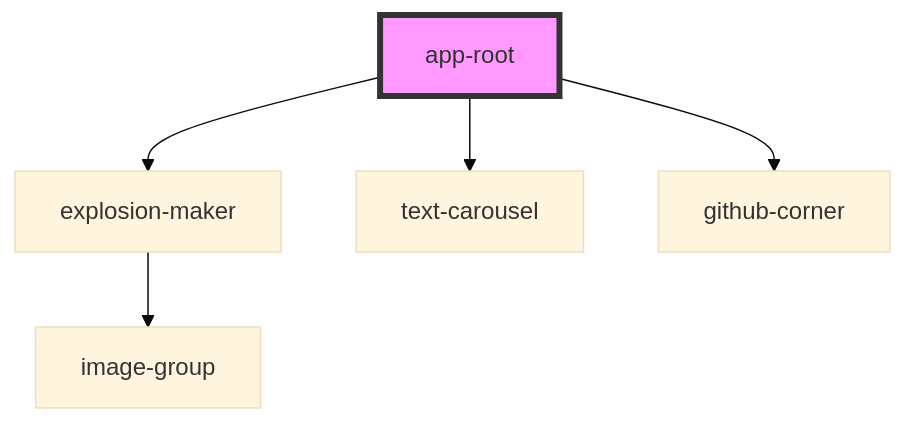
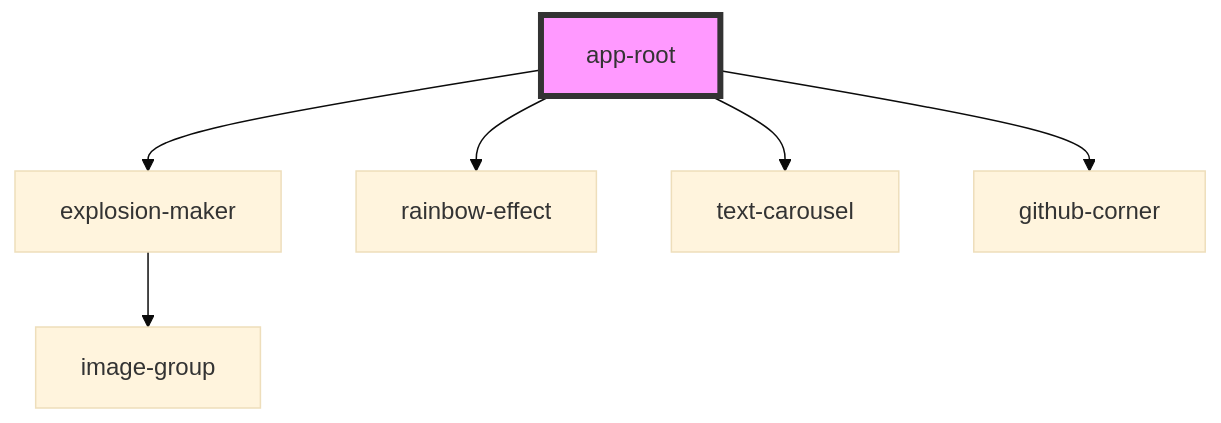
Before and after one commit to wonism/animoji-maker: the diagram in src/components/app-root/readme.md, drawn with Mermaid (base theme). The commit also changed other lines of this file and 6 other files, not shown here.

Commit message:
feat: rainbow effect

````diff
--- a/src/components/app-root/readme.md
+++ b/src/components/app-root/readme.md
@@ -17,8 +18,9 @@
 ```mermaid
 graph TD;
   app-root --> explosion-maker
+  app-root --> rainbow-effect
   app-root --> text-carousel
   app-root --> github-corner
   explosion-maker --> image-group
   style app-root fill:#f9f,stroke:#333,stroke-width:4px
 ```
````
